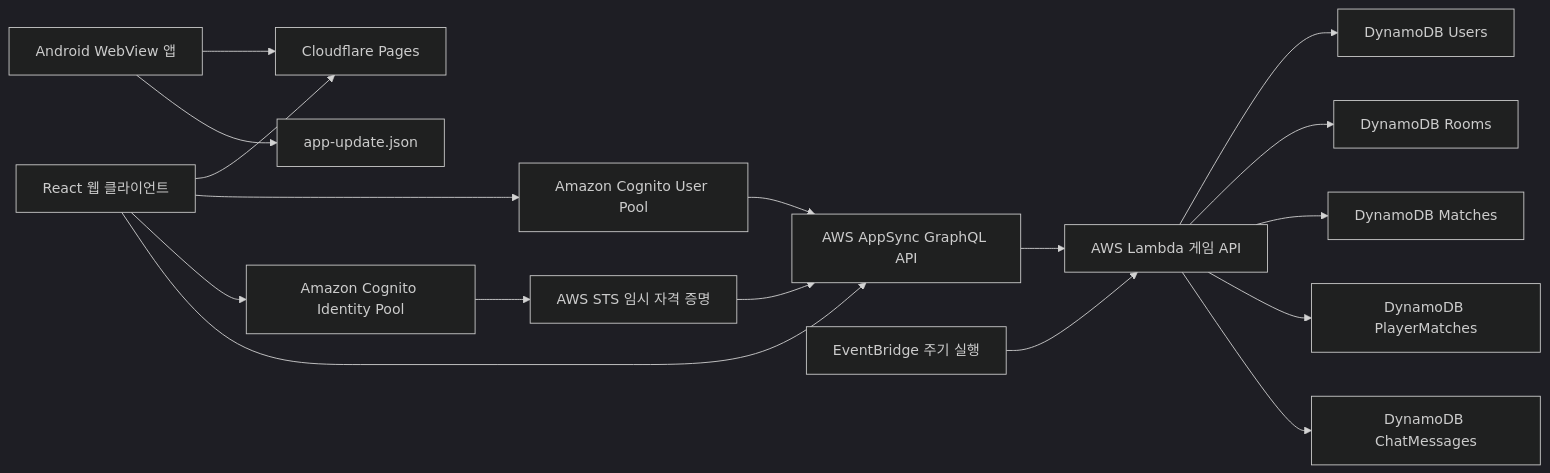
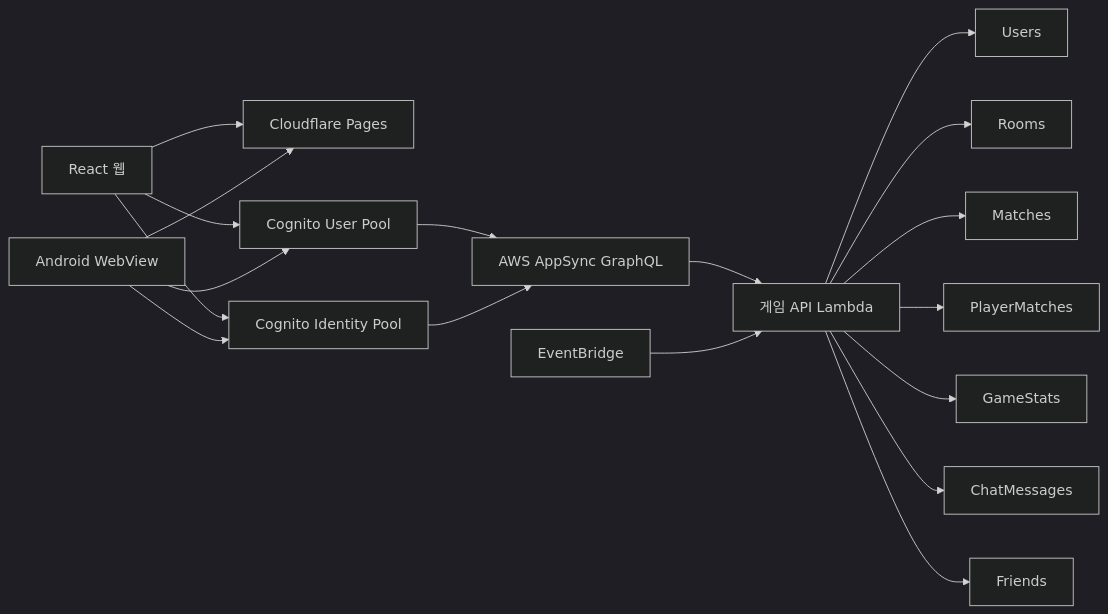
One commit to Mobil0010/MiniGameJoin changed the diagram in README.md. Above: the diagram before and after it, drawn with Mermaid (dark theme). The commit also changed other lines of this file, not shown here.

````diff
--- a/README.md
+++ b/README.md
@@ -175,19 +134,24 @@
 ```mermaid
 flowchart LR
-    Browser["React 웹 클라이언트"] --> Pages["Cloudflare Pages"]
-    Android["Android WebView 앱"] --> Pages
-    Android --> UpdateManifest["app-update.json"]
-    Browser --> UserPool["Amazon Cognito User Pool"]
-    Browser --> IdentityPool["Amazon Cognito Identity Pool"]
-    IdentityPool --> STS["AWS STS 임시 자격 증명"]
-    Browser --> AppSync["AWS AppSync GraphQL API"]
-    UserPool --> AppSync
-    STS --> AppSync
-    AppSync --> Lambda["AWS Lambda 게임 API"]
-    Lambda --> Users["DynamoDB Users"]
-    Lambda --> Rooms["DynamoDB Rooms"]
-    Lambda --> Matches["DynamoDB Matches"]
-    Lambda --> PlayerMatches["DynamoDB PlayerMatches"]
-    Lambda --> Chat["DynamoDB ChatMessages"]
-    Scheduler["EventBridge 주기 실행"] --> Lambda
+    Web["React 웹"] --> Pages["Cloudflare Pages"]
+    Android["Android WebView"] --> Pages
+
+    Web --> UserPool["Cognito User Pool"]
+    Web --> IdentityPool["Cognito Identity Pool"]
+    Android --> UserPool
+    Android --> IdentityPool
+
+    UserPool --> AppSync["AWS AppSync GraphQL"]
+    IdentityPool --> AppSync
+    AppSync --> Lambda["게임 API Lambda"]
+
+    Lambda --> Users["Users"]
+    Lambda --> Rooms["Rooms"]
+    Lambda --> Matches["Matches"]
+    Lambda --> PlayerMatches["PlayerMatches"]
+    Lambda --> GameStats["GameStats"]
+    Lambda --> Chat["ChatMessages"]
+    Lambda --> Friends["Friends"]
+
+    EventBridge["EventBridge"] --> Lambda
 ```
````
